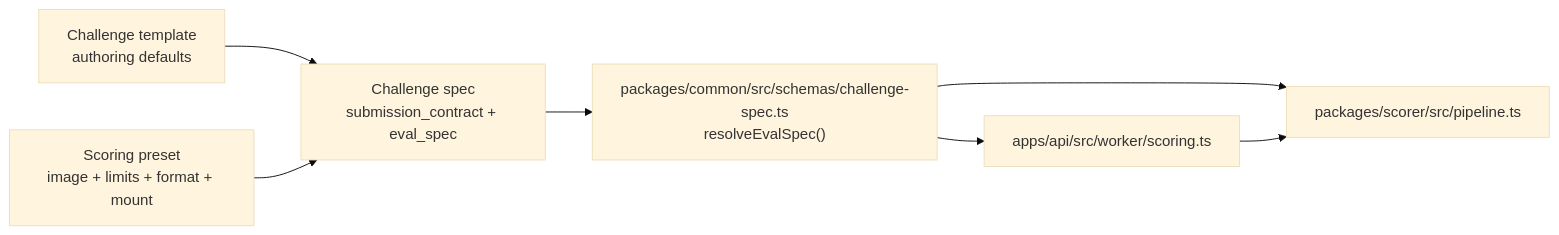
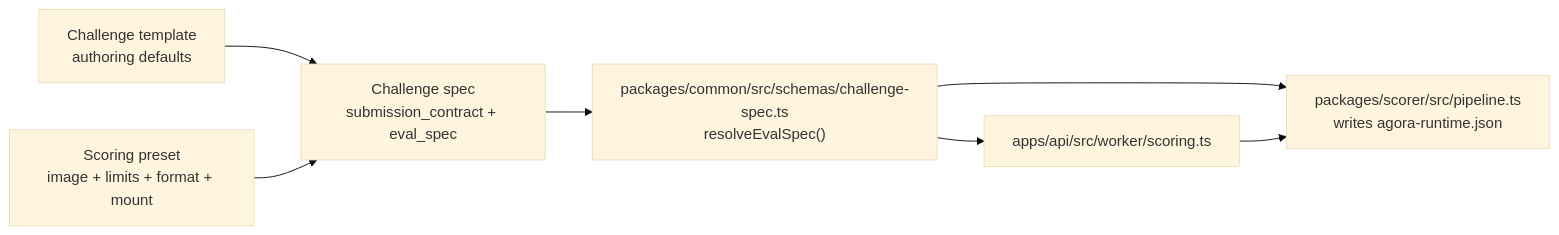
One commit to andymolecule/Hermes changed the diagram in docs/contributing/scoring-engines.md. Above: the diagram before and after it, drawn with Mermaid (base theme). The commit also changed other lines of this file and 21 other files, not shown here.

Commit message:
Formalize scorer runtime contract

````diff
--- a/docs/contributing/scoring-engines.md
+++ b/docs/contributing/scoring-engines.md
@@ -20,9 +20,9 @@
 ```mermaid
 flowchart LR
     Template["Challenge template<br/>authoring defaults"] --> Spec["Challenge spec<br/>submission_contract + eval_spec"]
     Preset["Scoring preset<br/>image + limits + format + mount"] --> Spec
     Spec --> Common["packages/common/src/schemas/challenge-spec.ts<br/>resolveEvalSpec()"]
     Common --> Worker["apps/api/src/worker/scoring.ts"]
-    Common --> Scorer["packages/scorer/src/pipeline.ts"]
+    Common --> Scorer["packages/scorer/src/pipeline.ts<br/>writes agora-runtime.json"]
     Worker --> Scorer
 ```
````
